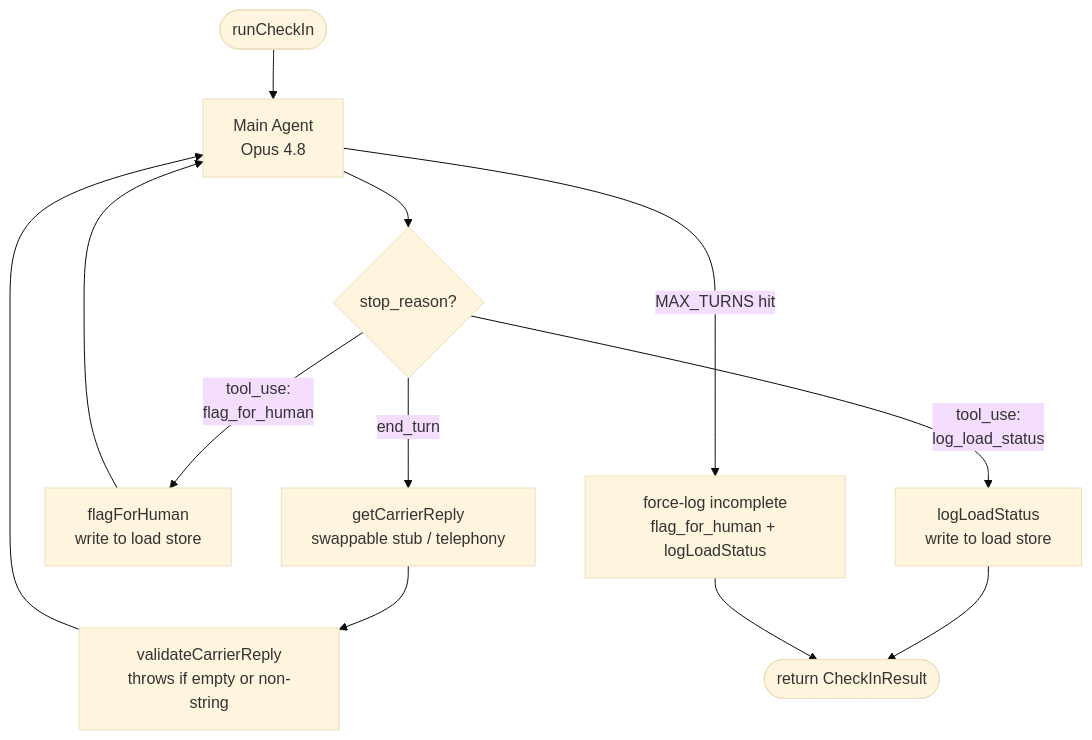
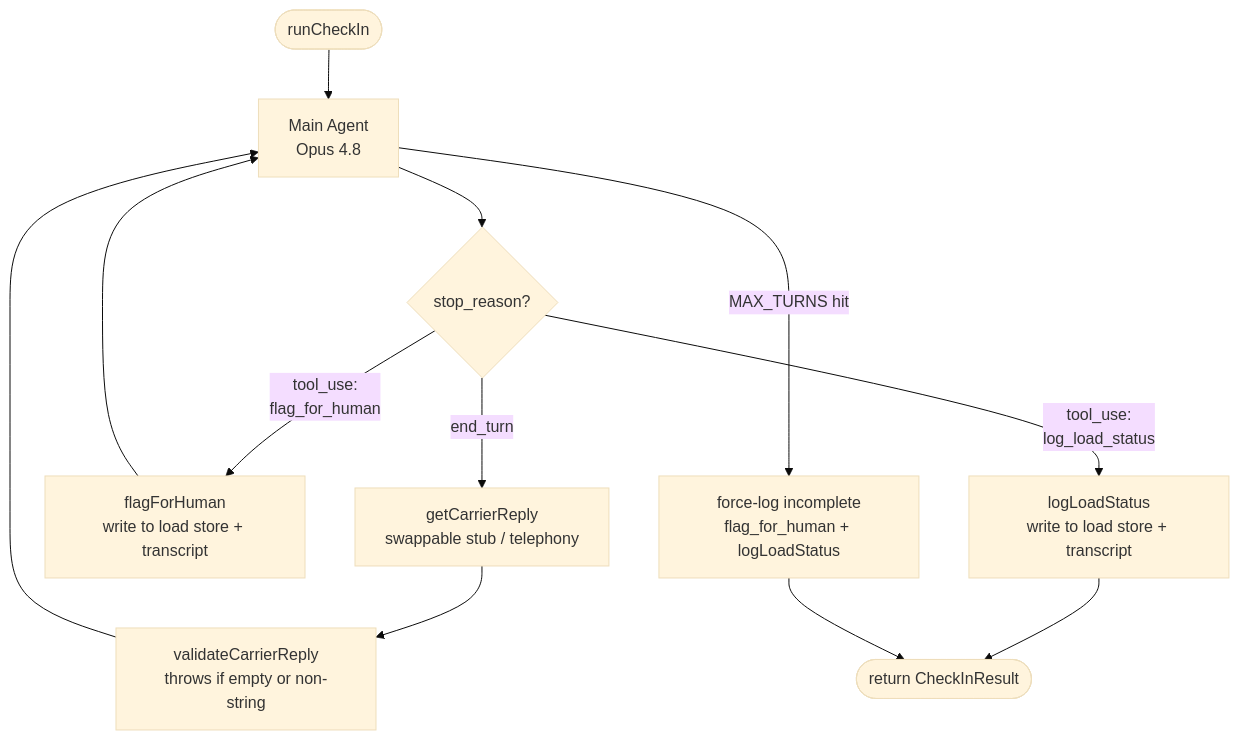
The second of 2 diagrams in README.md (lucarizzo03/Outbound-agent), drawn with Mermaid (base theme) before and after one commit. The commit also changed other lines of this file and 20 other files, not shown here.

````diff
--- a/README.md
+++ b/README.md
@@ -47,19 +49,19 @@
 ```mermaid
 flowchart TD
     A([runCheckIn]) --> B[Main Agent\nOpus 4.8]
 
     B --> C{stop_reason?}
 
     C -- end_turn --> D[getCarrierReply\nswappable stub / telephony]
     D --> E[validateCarrierReply\nthrows if empty or non-string]
     E --> B
 
-    C -- tool_use:\nflag_for_human --> F[flagForHuman\nwrite to load store]
+    C -- tool_use:\nflag_for_human --> F[flagForHuman\nwrite to load store + transcript]
     F --> B
 
-    C -- tool_use:\nlog_load_status --> G[logLoadStatus\nwrite to load store]
+    C -- tool_use:\nlog_load_status --> G[logLoadStatus\nwrite to load store + transcript]
     G --> I([return CheckInResult])
 
     B -- MAX_TURNS hit --> K[force-log incomplete\nflag_for_human + logLoadStatus]
     K --> I
 ```
````
